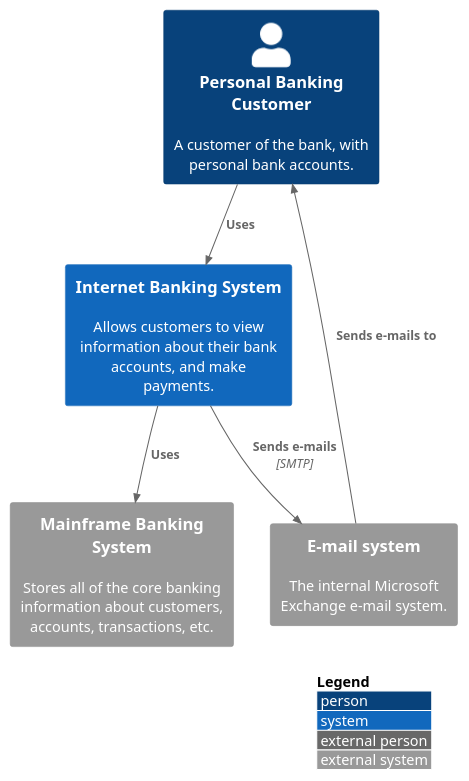
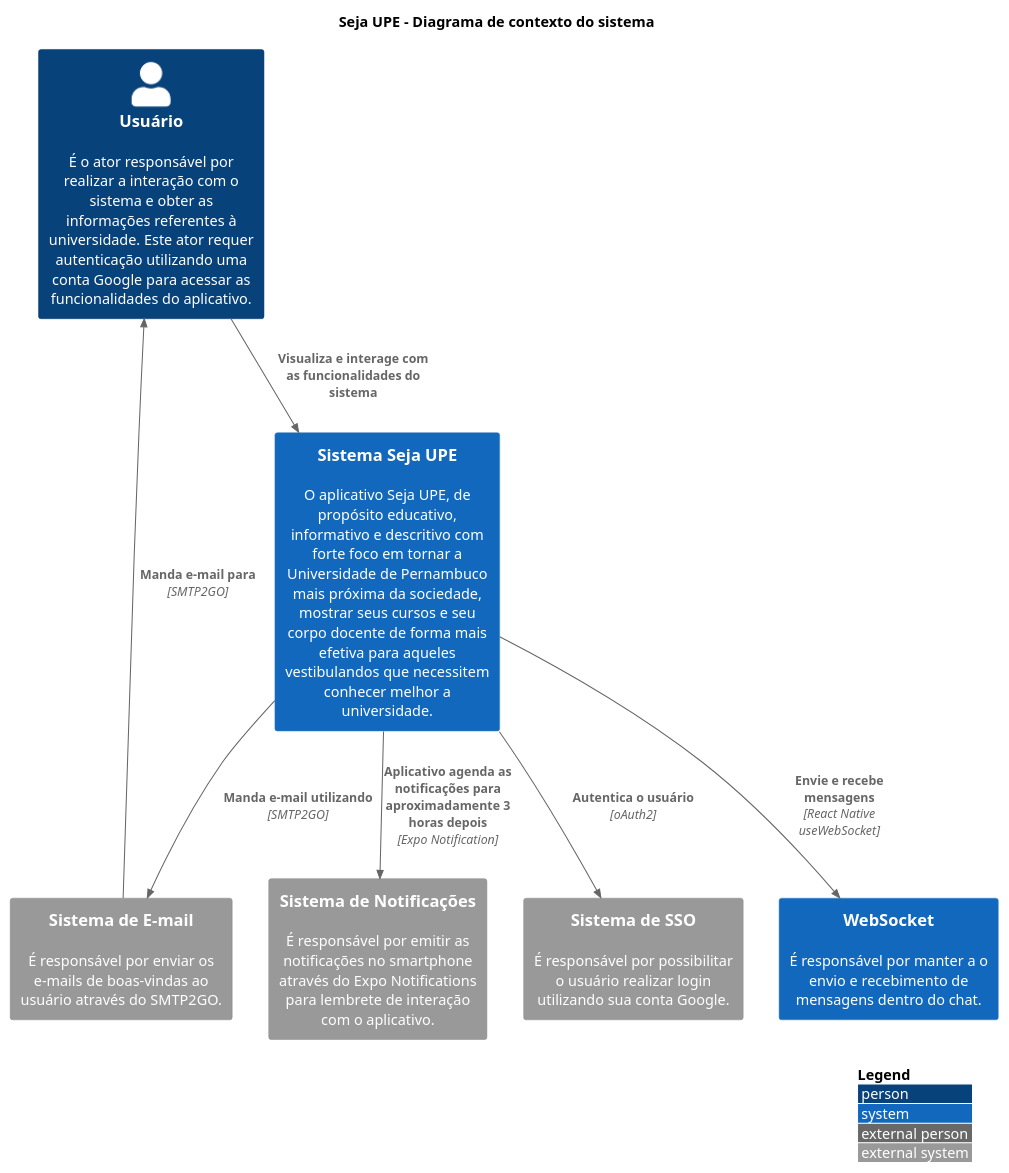
The diagram in src/C1. Visão Geral/context.puml (MurylloEx/Seja-UPE-Docs), drawn with PlantUML before and after one commit.

Commit message:
:bug: fix: Added Context Diagram deleted accidentally.

```diff
--- a/src/C1. Visão Geral/context.puml
+++ b/src/C1. Visão Geral/context.puml
@@ -1,16 +1,20 @@
 @startuml Contexto
 !include https://raw.githubusercontent.com/adrianvlupu/C4-PlantUML/latest/C4_Context.puml
+LAYOUT_WITH_LEGEND()
+title "Seja UPE - Diagrama de contexto do sistema"
 
-LAYOUT_WITH_LEGEND()
+Person(personUser, "Usuário", "É o ator responsável por realizar a interação com o sistema e obter as informações referentes à universidade. Este ator requer autenticação utilizando uma conta Google para acessar as funcionalidades do aplicativo.")
+System(systemSejaUPE, "Sistema Seja UPE", "O aplicativo Seja UPE, de propósito educativo, informativo e descritivo com forte foco em tornar a Universidade de Pernambuco mais próxima da sociedade, mostrar seus cursos e seu corpo docente de forma mais efetiva para aqueles vestibulandos que necessitem conhecer melhor a universidade.")
+System(systemWebSocket, "WebSocket", "É responsável por manter a o envio e recebimento de mensagens dentro do chat.")
+System_Ext(systemEmail, "Sistema de E-mail", "É responsável por enviar os e-mails de boas-vindas ao usuário através do SMTP2GO.")
+System_Ext(systemNotification, "Sistema de Notificações", "É responsável por emitir as notificações no smartphone através do Expo Notifications para lembrete de interação com o aplicativo.")
+System_Ext(systemOAuth2, "Sistema de SSO", "É responsável por possibilitar o usuário realizar login utilizando sua conta Google.")
 
-Person(pbc, "Personal Banking Customer", "A customer of the bank, with personal bank accounts.")
-System(ibs, "Internet Banking System", "Allows customers to view information about their bank accounts, and make payments.")
-System_Ext(es, "E-mail system", "The internal Microsoft Exchange e-mail system.")
-System_Ext(mbs, "Mainframe Banking System", "Stores all of the core banking information about customers, accounts, transactions, etc.")
-
-Rel(pbc, ibs, "Uses")
-Rel(es, pbc, "Sends e-mails to")
-Rel(ibs, es, "Sends e-mails", "SMTP")
-Rel(ibs, mbs, "Uses")
+Rel(personUser, systemSejaUPE, "Visualiza e interage com as funcionalidades do sistema")
+Rel(systemEmail, personUser, "Manda e-mail para", "SMTP2GO")
+Rel(systemSejaUPE, systemEmail, "Manda e-mail utilizando", "SMTP2GO")
+Rel(systemSejaUPE, systemNotification, "Aplicativo agenda as notificações para aproximadamente 3 horas depois", "Expo Notification")
+Rel(systemSejaUPE, systemWebSocket, "Envie e recebe mensagens", "React Native useWebSocket")
+Rel(systemSejaUPE, systemOAuth2, "Autentica o usuário", "oAuth2")
 
 @enduml
```
